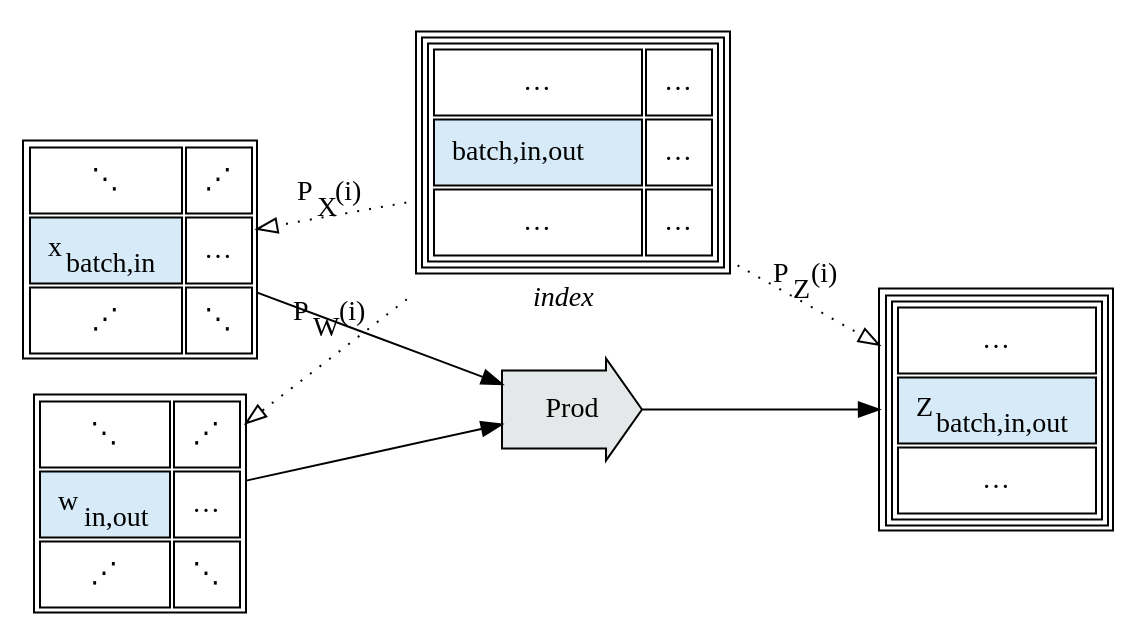
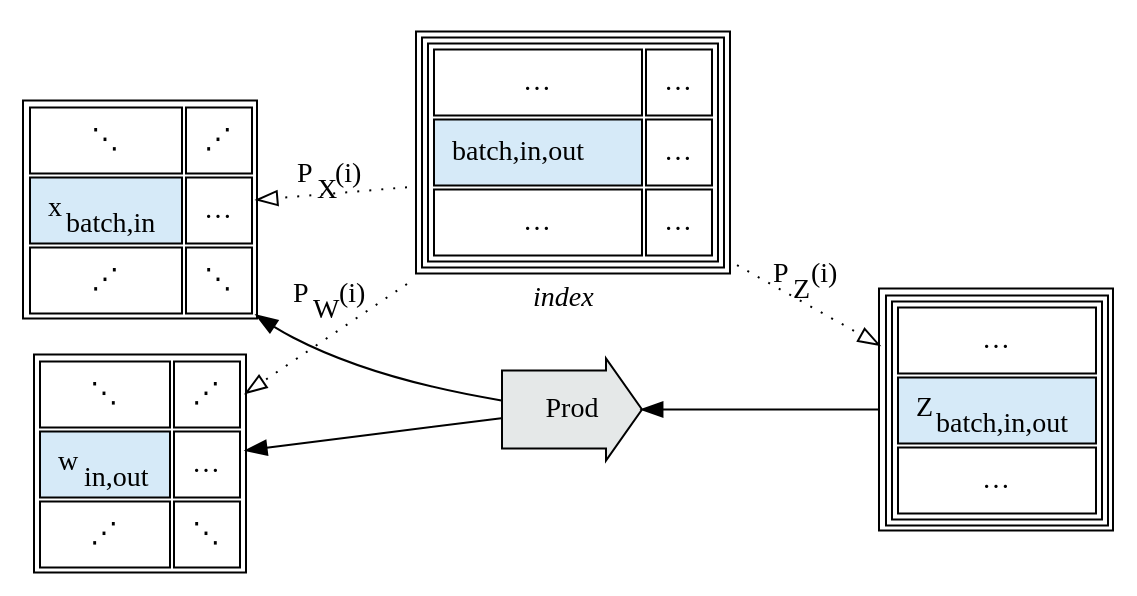
Diagram 27 of 58 in source/Tapestry/index.md (crutcher/crutcher.github.io-source), drawn with Graphviz before and after one commit. The commit also changed other lines of this file, not shown here.

Commit message:
migrate graphs to RL; add some semantic type notes.

````diff
--- a/source/Tapestry/index.md
+++ b/source/Tapestry/index.md
@@ -3551,6 +3846,6 @@
 ```graphviz
 digraph G {
-    rankdir=LR;
+    rankdir=RL;
 
     idx [
         shape="plain",
@@ -3645,10 +3940,10 @@
             </td></tr></table>
         >,
     ];
-
-    x -> op;
-    w -> op;
-    op -> z;
+    
+    op -> x;
+    op -> w;
+    z -> op;
 
     idx -> x [label=<P<sub>X</sub>(i)>, constraint=false, style=dotted, arrowhead=empty];
     idx -> w [label=<P<sub>W</sub>(i)>, constraint=false, style=dotted, arrowhead=empty];
````
